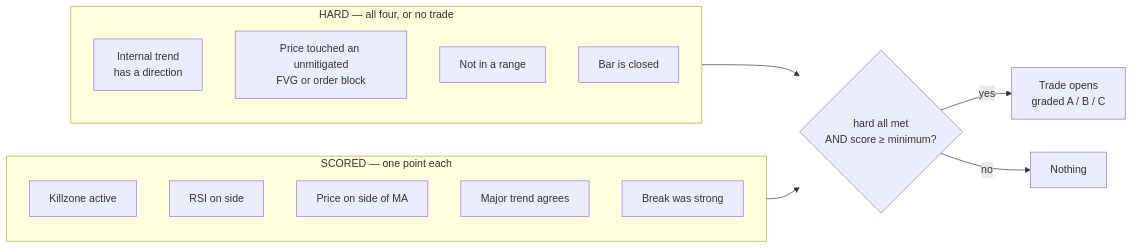
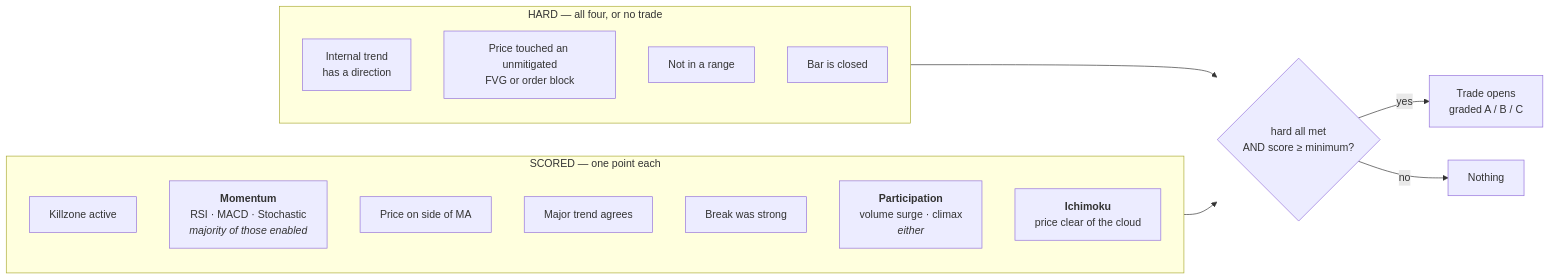
The third of 3 diagrams in README.md (IbrahimKeshta/TradingViewIndicator), drawn with Mermaid before and after one commit. The commit also changed other lines of this file, not shown here.

````diff
--- a/README.md
+++ b/README.md
@@ -138,20 +138,22 @@
 ```mermaid
 flowchart LR
     subgraph H["HARD — all four, or no trade"]
         H1["Internal trend<br/>has a direction"]
         H2["Price touched an unmitigated<br/>FVG or order block"]
         H3["Not in a range"]
         H4["Bar is closed"]
     end
     subgraph S["SCORED — one point each"]
         S1["Killzone active"]
-        S2["RSI on side"]
+        S2["<b>Momentum</b><br/>RSI · MACD · Stochastic<br/><i>majority of those enabled</i>"]
         S3["Price on side of MA"]
         S4["Major trend agrees"]
         S5["Break was strong"]
+        S6["<b>Participation</b><br/>volume surge · climax<br/><i>either</i>"]
+        S7["<b>Ichimoku</b><br/>price clear of the cloud"]
     end
     H --> G{"hard all met<br/>AND score &ge; minimum?"}
     S --> G
     G -->|yes| T["Trade opens<br/>graded A / B / C"]
     G -->|no| N["Nothing"]
 ```
````
